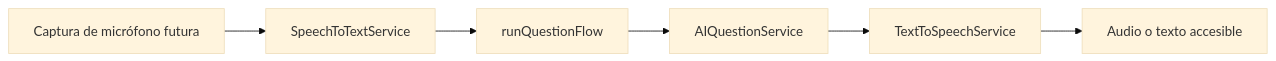
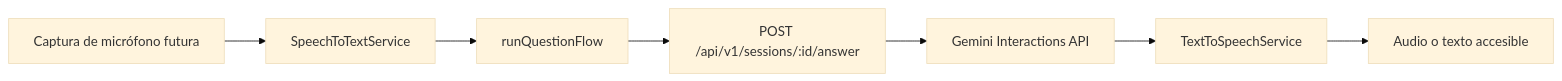
One commit to marianafloreslopez99/Taichi changed the diagram in docs/AI_INTEGRATION.md. Above: the diagram before and after it, drawn with Mermaid (base theme). The commit also changed other lines of this file and 42 other files, not shown here.

````diff
--- a/docs/AI_INTEGRATION.md
+++ b/docs/AI_INTEGRATION.md
@@ -3,8 +3,9 @@
 ```mermaid
 flowchart LR
   M[Captura de micrófono futura] --> S[SpeechToTextService]
   S --> Q[runQuestionFlow]
-  Q --> L[AIQuestionService]
+  Q --> P[POST /api/v1/sessions/:id/answer]
+  P --> L[Gemini Interactions API]
   L --> T[TextToSpeechService]
   T --> A[Audio o texto accesible]
 ```
````
